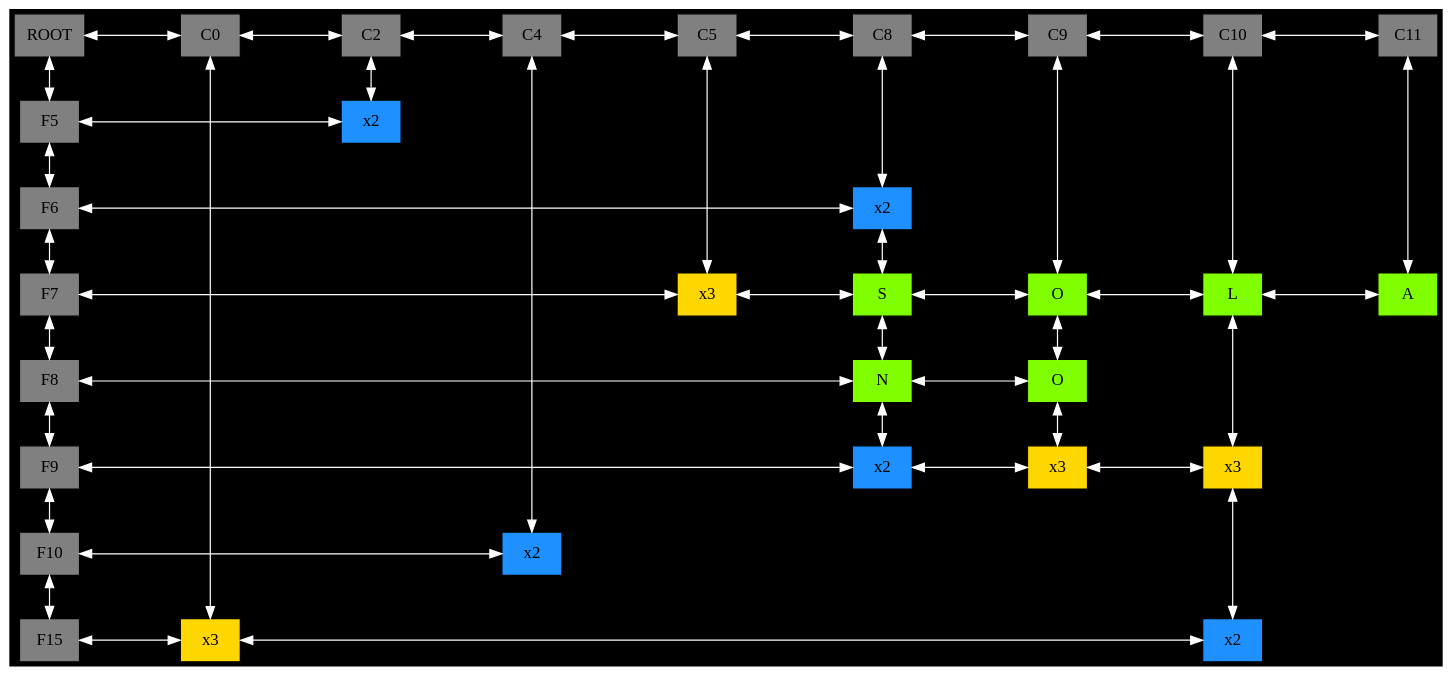
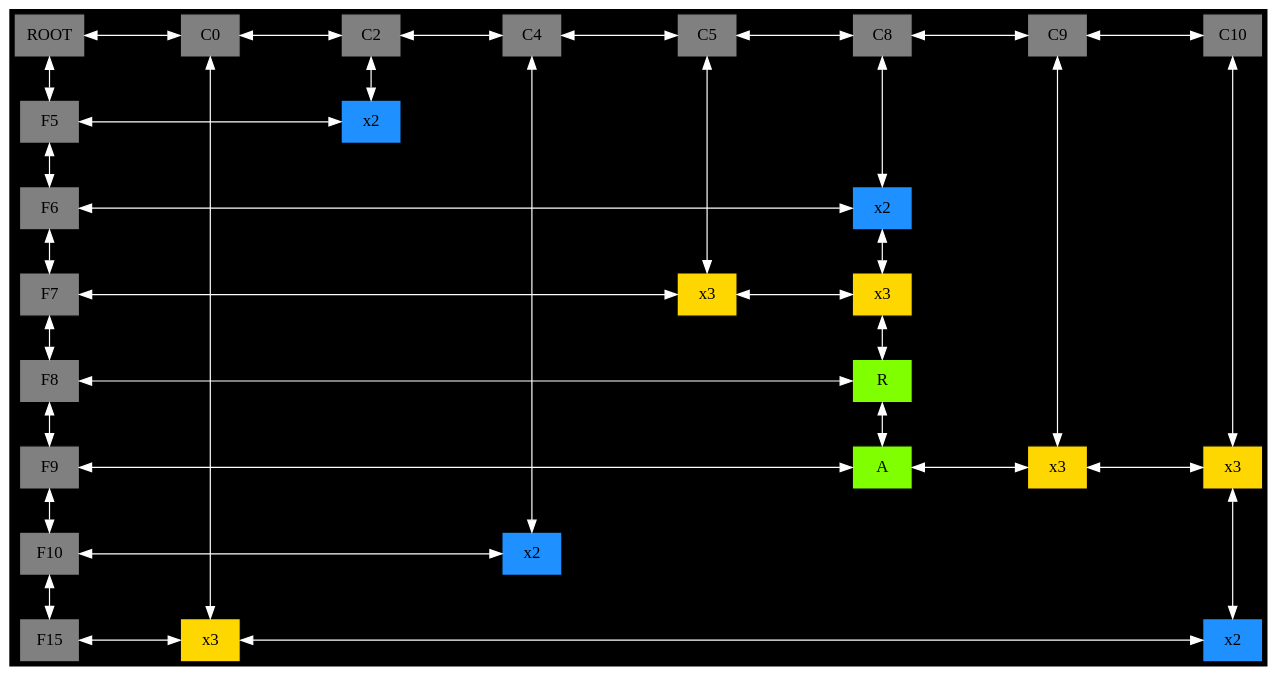
One commit to PabloAndresArg/EDD_1S2020_PY1_201800464 changed the diagram in Proyecto1EDD_201800464/REPORTES/matriz.dot. Above: the diagram before and after it, drawn with Graphviz. The commit also changed 55 other files, not shown here.

```diff
--- a/Proyecto1EDD_201800464/REPORTES/matriz.dot
+++ b/Proyecto1EDD_201800464/REPORTES/matriz.dot
@@ -1,98 +1,84 @@
 digraph G {bgcolor = black; 
 node[pin = true , shape = box, fontcolor = black  , fillcolor = gray  , width=0.7 ,style = filled] ;
 charset = latin1;
  style = filled ;
 nodesep = 1.0;
-VAL_00D859B8->VAL_00DC40E0 [ dir=both ,color = white]; 
-VAL_00D859B8->VAL_00DBCEF0 [  dir=both,  color = white]; 
-VAL_00D859B8[label = "ROOT", group = -1,pos = "-1,1" ];
-VAL_00DC40E0->VAL_00DBD0E8 [ dir=both, color = white]; 
-VAL_00DC40E0->VAL_00DC4320 [ dir=both, color = white]; 
-VAL_00DC40E0[label="C0", group = 0,pos = "0,1" ];
-VAL_00DBD0E8->VAL_00DC4488 [ dir=both, color = white]; 
-VAL_00DBD0E8->VAL_00D9B8E8 [ dir=both, color = white]; 
-VAL_00DBD0E8[label="C2", group = 2,pos = "2,1" ];
-VAL_00DC4488->VAL_00DBD2E0 [ dir=both, color = white]; 
-VAL_00DC4488->VAL_00DC4368 [ dir=both, color = white]; 
-VAL_00DC4488[label="C4", group = 4,pos = "4,1" ];
-VAL_00DBD2E0->VAL_00DBD178 [ dir=both, color = white]; 
-VAL_00DBD2E0->VAL_00DBD370 [ dir=both, color = white]; 
-VAL_00DBD2E0[label="C5", group = 5,pos = "5,1" ];
-VAL_00DBD178->VAL_00DBC950 [ dir=both, color = white]; 
-VAL_00DBD178->VAL_00DBD0A0 [ dir=both, color = white]; 
-VAL_00DBD178[label="C8", group = 8,pos = "8,1" ];
-VAL_00DBC950->VAL_00DC4440 [ dir=both, color = white]; 
-VAL_00DBC950->VAL_00DC3E10 [ dir=both, color = white]; 
-VAL_00DBC950[label="C9", group = 9,pos = "9,1" ];
-VAL_00DC4440->VAL_00DC3798 [ dir=both, color = white]; 
-VAL_00DC4440->VAL_00DC3A20 [ dir=both, color = white]; 
-VAL_00DC4440[label="C10", group = 10,pos = "10,1" ];
-VAL_00DC3798->VAL_00DC3900 [ dir=both, color = white]; 
-VAL_00DC3798[label="C11", group = 11,pos = "11,1" ];
-VAL_00DBCEF0->VAL_00D9B8E8 [ dir=both ,color = white]; 
-VAL_00DBCEF0->VAL_00DBD1C0 [  dir=both,  color = white]; 
-VAL_00DBCEF0[label="F5" , group = -1,pos = "-1,-5" ];
-VAL_00D9B8E8[ label = " x2 " ,fillcolor = dodgerblue1, group = 2,pos = "2,-5" ];
-VAL_00DBD1C0->VAL_00DBD0A0 [ dir=both ,color = white]; 
-VAL_00DBD1C0->VAL_00DBD490 [  dir=both,  color = white]; 
-VAL_00DBD1C0[label="F6" , group = -1,pos = "-1,-6" ];
-VAL_00DBD0A0->VAL_00DBCA28 [ dir=both, color = white]; 
-VAL_00DBD0A0[ label = " x2 " ,fillcolor = dodgerblue1, group = 8,pos = "8,-6" ];
-VAL_00DBD490->VAL_00DBD370 [ dir=both ,color = white]; 
-VAL_00DBD490->VAL_00DBC8C0 [  dir=both,  color = white]; 
-VAL_00DBD490[label="F7" , group = -1,pos = "-1,-7" ];
-VAL_00DBD370->VAL_00DBCA28 [ dir=both, color = white]; 
-VAL_00DBD370[ label = " x3 "  ,fillcolor = gold1, group = 5,pos = "5,-7" ];
-VAL_00DBCA28->VAL_00DC3E10 [ dir=both, color = white]; 
-VAL_00DBCA28->VAL_00DBCA70 [ dir=both, color = white]; 
-VAL_00DBCA28[ label = "S" ,dir=both ,fillcolor = chartreuse1, group = 8,pos = "8,-7" ];
-VAL_00DC3E10->VAL_00DC3A20 [ dir=both, color = white]; 
-VAL_00DC3E10->VAL_00DBC908 [ dir=both, color = white]; 
-VAL_00DC3E10[ label = "O" ,dir=both ,fillcolor = chartreuse1, group = 9,pos = "9,-7" ];
-VAL_00DC3A20->VAL_00DC3900 [ dir=both, color = white]; 
-VAL_00DC3A20->VAL_00DC41B8 [ dir=both, color = white]; 
-VAL_00DC3A20[ label = "L" ,dir=both ,fillcolor = chartreuse1, group = 10,pos = "10,-7" ];
-VAL_00DC3900[ label = "A" ,dir=both ,fillcolor = chartreuse1, group = 11,pos = "11,-7" ];
-VAL_00DBC8C0->VAL_00DBCA70 [ dir=both ,color = white]; 
-VAL_00DBC8C0->VAL_00DBC998 [  dir=both,  color = white]; 
-VAL_00DBC8C0[label="F8" , group = -1,pos = "-1,-8" ];
-VAL_00DBCA70->VAL_00DBC908 [ dir=both, color = white]; 
-VAL_00DBCA70->VAL_00DBCD88 [ dir=both, color = white]; 
-VAL_00DBCA70[ label = "N" ,dir=both ,fillcolor = chartreuse1, group = 8,pos = "8,-8" ];
-VAL_00DBC908->VAL_00DBCC68 [ dir=both, color = white]; 
-VAL_00DBC908[ label = "O" ,dir=both ,fillcolor = chartreuse1, group = 9,pos = "9,-8" ];
-VAL_00DBC998->VAL_00DBCD88 [ dir=both ,color = white]; 
-VAL_00DBC998->VAL_00DC4200 [  dir=both,  color = white]; 
-VAL_00DBC998[label="F9" , group = -1,pos = "-1,-9" ];
-VAL_00DBCD88->VAL_00DBCC68 [ dir=both, color = white]; 
-VAL_00DBCD88[ label = " x2 " ,fillcolor = dodgerblue1, group = 8,pos = "8,-9" ];
-VAL_00DBCC68->VAL_00DC41B8 [ dir=both, color = white]; 
-VAL_00DBCC68[ label = " x3 "  ,fillcolor = gold1, group = 9,pos = "9,-9" ];
-VAL_00DC41B8->VAL_00DC3828 [ dir=both, color = white]; 
-VAL_00DC41B8[ label = " x3 "  ,fillcolor = gold1, group = 10,pos = "10,-9" ];
-VAL_00DC4200->VAL_00DC4368 [ dir=both ,color = white]; 
-VAL_00DC4200->VAL_00DC4248 [  dir=both,  color = white]; 
-VAL_00DC4200[label="F10" , group = -1,pos = "-1,-10" ];
-VAL_00DC4368[ label = " x2 " ,fillcolor = dodgerblue1, group = 4,pos = "4,-10" ];
-VAL_00DC4248->VAL_00DC4320 [ dir=both ,color = white]; 
-VAL_00DC4248[label="F15" , group = -1,pos = "-1,-15" ];
-VAL_00DC4320->VAL_00DC3828 [ dir=both, color = white]; 
-VAL_00DC4320[ label = " x3 "  ,fillcolor = gold1, group = 0,pos = "0,-15" ];
-VAL_00DC3828[ label = " x2 " ,fillcolor = dodgerblue1, group = 10,pos = "10,-15" ];
-{rank = same; VAL_00D859B8 VAL_00DC40E0 VAL_00DBD0E8 VAL_00DC4488 VAL_00DBD2E0 VAL_00DBD178 VAL_00DBC950 VAL_00DC4440 VAL_00DC3798 };
+VAL_015D3280->VAL_01620F70 [ dir=both ,color = white]; 
+VAL_015D3280->VAL_0161F818 [  dir=both,  color = white]; 
+VAL_015D3280[label = "ROOT", group = -1,pos = "-1,1" ];
+VAL_01620F70->VAL_0161FB30 [ dir=both, color = white]; 
+VAL_01620F70->VAL_01620EE0 [ dir=both, color = white]; 
+VAL_01620F70[label="C0", group = 0,pos = "0,1" ];
+VAL_0161FB30->VAL_016200D0 [ dir=both, color = white]; 
+VAL_0161FB30->VAL_0161F788 [ dir=both, color = white]; 
+VAL_0161FB30[label="C2", group = 2,pos = "2,1" ];
+VAL_016200D0->VAL_0161FED8 [ dir=both, color = white]; 
+VAL_016200D0->VAL_0161FFB0 [ dir=both, color = white]; 
+VAL_016200D0[label="C4", group = 4,pos = "4,1" ];
+VAL_0161FED8->VAL_0161FD28 [ dir=both, color = white]; 
+VAL_0161FED8->VAL_0161FC98 [ dir=both, color = white]; 
+VAL_0161FED8[label="C5", group = 5,pos = "5,1" ];
+VAL_0161FD28->VAL_016205E0 [ dir=both, color = white]; 
+VAL_0161FD28->VAL_0161F9C8 [ dir=both, color = white]; 
+VAL_0161FD28[label="C8", group = 8,pos = "8,1" ];
+VAL_016205E0->VAL_01620820 [ dir=both, color = white]; 
+VAL_016205E0->VAL_01620160 [ dir=both, color = white]; 
+VAL_016205E0[label="C9", group = 9,pos = "9,1" ];
+VAL_01620820->VAL_01620790 [ dir=both, color = white]; 
+VAL_01620820[label="C10", group = 10,pos = "10,1" ];
+VAL_0161F818->VAL_0161F788 [ dir=both ,color = white]; 
+VAL_0161F818->VAL_0161FA58 [  dir=both,  color = white]; 
+VAL_0161F818[label="F5" , group = -1,pos = "-1,-5" ];
+VAL_0161F788[ label = " x2 " ,fillcolor = dodgerblue1, group = 2,pos = "2,-5" ];
+VAL_0161FA58->VAL_0161F9C8 [ dir=both ,color = white]; 
+VAL_0161FA58->VAL_0161FE90 [  dir=both,  color = white]; 
+VAL_0161FA58[label="F6" , group = -1,pos = "-1,-6" ];
+VAL_0161F9C8->VAL_01620508 [ dir=both, color = white]; 
+VAL_0161F9C8[ label = " x2 " ,fillcolor = dodgerblue1, group = 8,pos = "8,-6" ];
+VAL_0161FE90->VAL_0161FC98 [ dir=both ,color = white]; 
+VAL_0161FE90->VAL_01620DC0 [  dir=both,  color = white]; 
+VAL_0161FE90[label="F7" , group = -1,pos = "-1,-7" ];
+VAL_0161FC98->VAL_01620508 [ dir=both, color = white]; 
+VAL_0161FC98[ label = " x3 "  ,fillcolor = gold1, group = 5,pos = "5,-7" ];
+VAL_01620508->VAL_01620868 [ dir=both, color = white]; 
+VAL_01620508[ label = " x3 "  ,fillcolor = gold1, group = 8,pos = "8,-7" ];
+VAL_01620DC0->VAL_01620868 [ dir=both ,color = white]; 
+VAL_01620DC0->VAL_01620550 [  dir=both,  color = white]; 
+VAL_01620DC0[label="F8" , group = -1,pos = "-1,-8" ];
+VAL_01620868->VAL_016204C0 [ dir=both, color = white]; 
+VAL_01620868[ label = "R" ,dir=both ,fillcolor = chartreuse1, group = 8,pos = "8,-8" ];
+VAL_01620550->VAL_016204C0 [ dir=both ,color = white]; 
+VAL_01620550->VAL_016203E8 [  dir=both,  color = white]; 
+VAL_01620550[label="F9" , group = -1,pos = "-1,-9" ];
+VAL_016204C0->VAL_01620160 [ dir=both, color = white]; 
+VAL_016204C0[ label = "A" ,dir=both ,fillcolor = chartreuse1, group = 8,pos = "8,-9" ];
+VAL_01620160->VAL_01620790 [ dir=both, color = white]; 
+VAL_01620160[ label = " x3 "  ,fillcolor = gold1, group = 9,pos = "9,-9" ];
+VAL_01620790->VAL_01620D30 [ dir=both, color = white]; 
+VAL_01620790[ label = " x3 "  ,fillcolor = gold1, group = 10,pos = "10,-9" ];
+VAL_016203E8->VAL_0161FFB0 [ dir=both ,color = white]; 
+VAL_016203E8->VAL_01620AA8 [  dir=both,  color = white]; 
+VAL_016203E8[label="F10" , group = -1,pos = "-1,-10" ];
+VAL_0161FFB0[ label = " x2 " ,fillcolor = dodgerblue1, group = 4,pos = "4,-10" ];
+VAL_01620AA8->VAL_01620EE0 [ dir=both ,color = white]; 
+VAL_01620AA8[label="F15" , group = -1,pos = "-1,-15" ];
+VAL_01620EE0->VAL_01620D30 [ dir=both, color = white]; 
+VAL_01620EE0[ label = " x3 "  ,fillcolor = gold1, group = 0,pos = "0,-15" ];
+VAL_01620D30[ label = " x2 " ,fillcolor = dodgerblue1, group = 10,pos = "10,-15" ];
+{rank = same; VAL_015D3280 VAL_01620F70 VAL_0161FB30 VAL_016200D0 VAL_0161FED8 VAL_0161FD28 VAL_016205E0 VAL_01620820 };
 
-{rank = same; VAL_00DBCEF0 VAL_00D9B8E8 };
+{rank = same; VAL_0161F818 VAL_0161F788 };
 
-{rank = same; VAL_00DBD1C0 VAL_00DBD0A0 };
+{rank = same; VAL_0161FA58 VAL_0161F9C8 };
 
-{rank = same; VAL_00DBD490 VAL_00DBD370 VAL_00DBCA28 VAL_00DC3E10 VAL_00DC3A20 VAL_00DC3900 };
+{rank = same; VAL_0161FE90 VAL_0161FC98 VAL_01620508 };
 
-{rank = same; VAL_00DBC8C0 VAL_00DBCA70 VAL_00DBC908 };
+{rank = same; VAL_01620DC0 VAL_01620868 };
 
-{rank = same; VAL_00DBC998 VAL_00DBCD88 VAL_00DBCC68 VAL_00DC41B8 };
+{rank = same; VAL_01620550 VAL_016204C0 VAL_01620160 VAL_01620790 };
 
-{rank = same; VAL_00DC4200 VAL_00DC4368 };
+{rank = same; VAL_016203E8 VAL_0161FFB0 };
 
-{rank = same; VAL_00DC4248 VAL_00DC4320 VAL_00DC3828 };
+{rank = same; VAL_01620AA8 VAL_01620EE0 VAL_01620D30 };
 
 }
```
